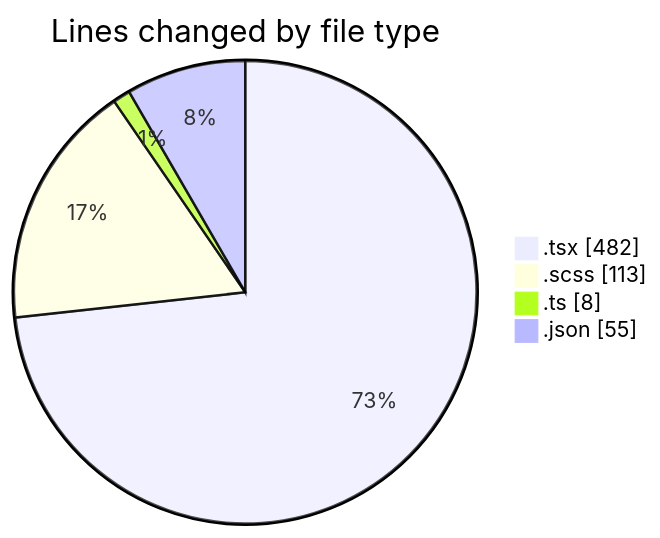
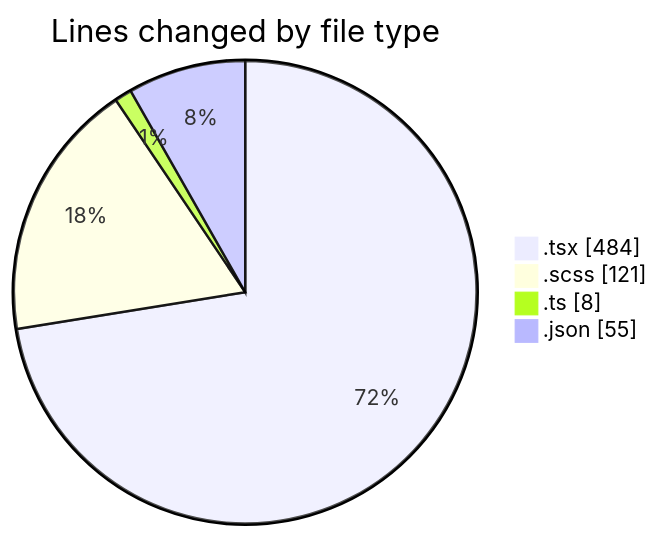
The first of 2 diagrams in 2026-10-30/cda/README.md (momahboobian/code-tracking), drawn with Mermaid before and after one commit. The commit also changed other lines of this file and 1 other file, not shown here.

````diff
--- a/2026-10-30/cda/README.md
+++ b/2026-10-30/cda/README.md
@@ -28,8 +28,8 @@
 ```mermaid
 pie showData
 title Lines changed by file type
-".tsx" : 482
-".scss" : 113
+".tsx" : 484
+".scss" : 121
 ".ts" : 8
 ".json" : 55
 ```
````
